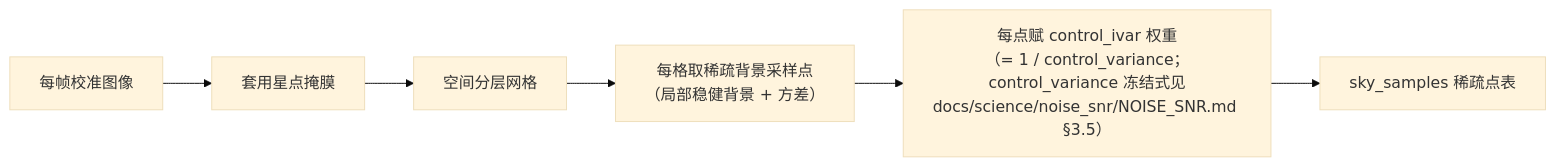
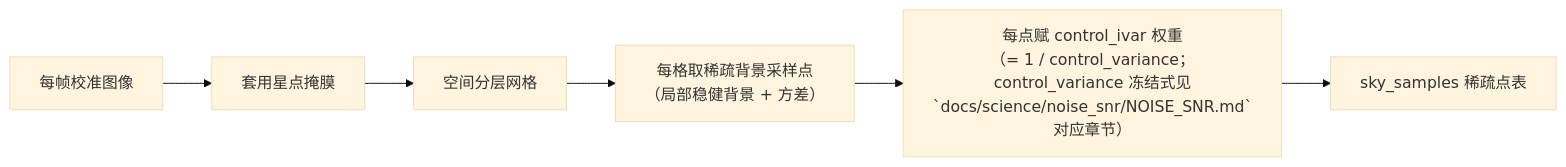
Before and after one commit to fujiaze/Astro-CS-Database: the diagram in docs/detail/registry/acsd.phase2.sample.md, drawn with Mermaid (base theme). The commit also changed other lines of this file and 50 other files, not shown here.

````diff
--- a/docs/detail/registry/acsd.phase2.sample.md
+++ b/docs/detail/registry/acsd.phase2.sample.md
@@ -98,8 +98,8 @@
 ```mermaid
 flowchart LR
     F["每帧校准图像"] --> M["套用星点掩膜"]
     M --> GRID["空间分层网格"]
     GRID --> P["每格取稀疏背景采样点<br/>（局部稳健背景 + 方差）"]
-    P --> W["每点赋 control_ivar 权重<br/>（= 1 / control_variance；<br/>control_variance 冻结式见<br/>docs/science/noise_snr/NOISE_SNR.md §3.5）"]
+    P --> W["每点赋 control_ivar 权重<br/>（= 1 / control_variance；<br/>control_variance 冻结式见<br/>`docs/science/noise_snr/NOISE_SNR.md`对应章节）"]
     W --> OUT["sky_samples 稀疏点表"]
 ```
````
